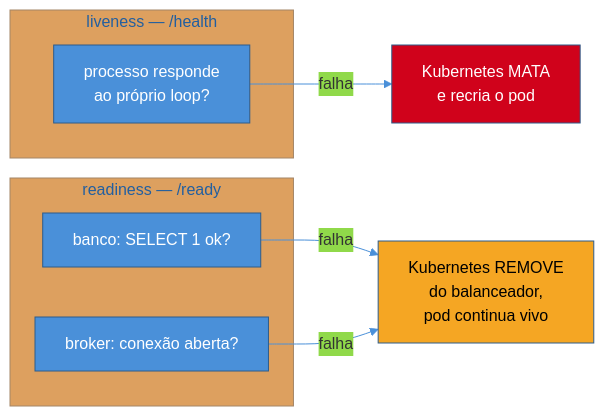
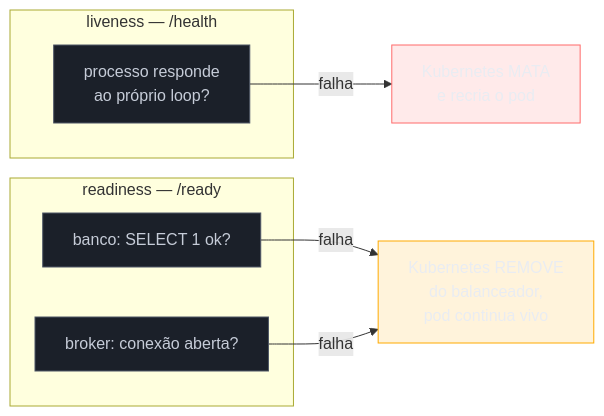
The second of 2 diagrams in 03-Dominios/Tecnologia/Python/Observabilidade e produção/06 - Health checks e probes.md (josenaldo/codex-technomanticus), drawn with Mermaid before and after one commit. The commit also changed other lines of this file and 1181 other files, not shown here.

First line of the commit message:
fix(diagramas): paleta do sistema no lugar de cor cravada no markdown

````diff
--- a/03-Dominios/Tecnologia/Python/Observabilidade e produção/06 - Health checks e probes.md
+++ b/03-Dominios/Tecnologia/Python/Observabilidade e produção/06 - Health checks e probes.md
@@ -118,21 +117,23 @@
 ```mermaid
-%%{init: {"theme": "base", "themeVariables": {"primaryColor": "#4A90D9", "primaryBorderColor": "#2E5C8A", "lineColor": "#4A90D9"}}}%%
 flowchart LR
+    classDef falha fill:#FF6B6B24,stroke:#FF6B6B,color:#E9ECF2
+    classDef destaque fill:#FFAA0024,stroke:#FFAA00,color:#E9ECF2
+    classDef neutro fill:#1B2029,stroke:#4E5666,color:#C6CCD8
     subgraph LIVE["liveness — /health"]
         L1["processo responde<br/>ao próprio loop?"]
     end
     subgraph READY["readiness — /ready"]
         R1["banco: SELECT 1 ok?"]
         R2["broker: conexão aberta?"]
     end
 
     L1 -->|"falha"| ACT1["Kubernetes MATA<br/>e recria o pod"]
     R1 -->|"falha"| ACT2["Kubernetes REMOVE<br/>do balanceador,<br/>pod continua vivo"]
     R2 -->|"falha"| ACT2
 
-    style ACT1 fill:#D0021B,color:#fff
-    style ACT2 fill:#F5A623,color:#000
-    style L1 fill:#4A90D9,color:#fff
-    style R1 fill:#4A90D9,color:#fff
-    style R2 fill:#4A90D9,color:#fff
+    class ACT1 falha
+    class ACT2 destaque
+    class L1 neutro
+    class R1 neutro
+    class R2 neutro
 ```
````
